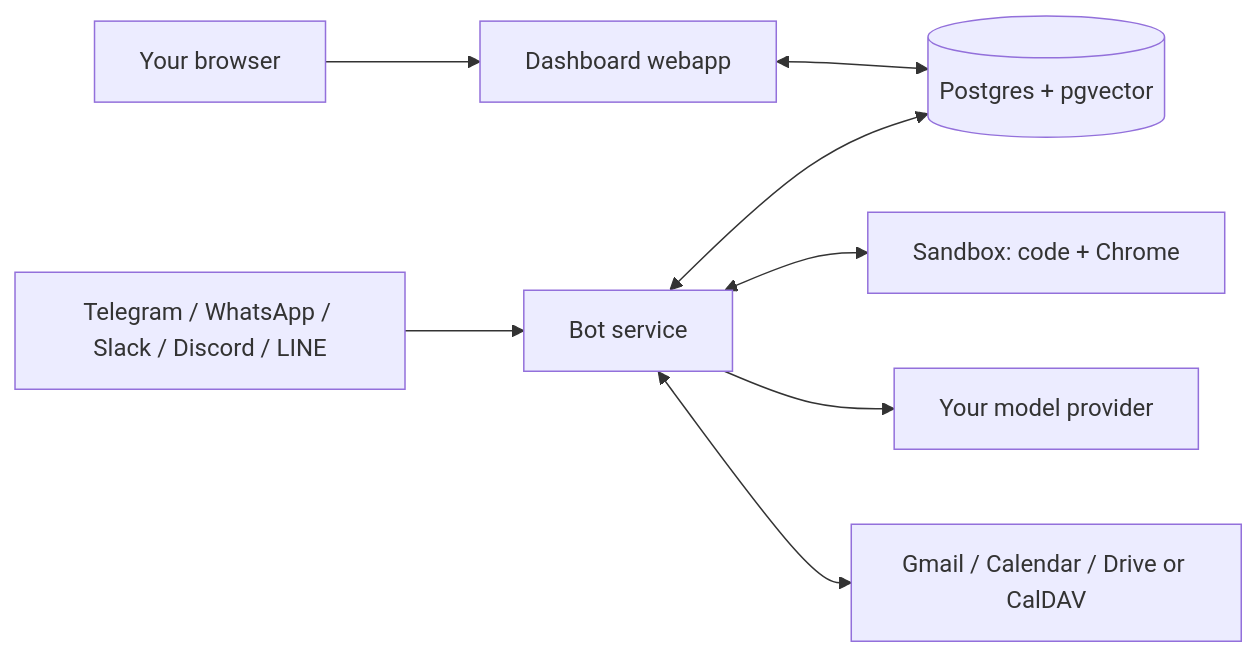
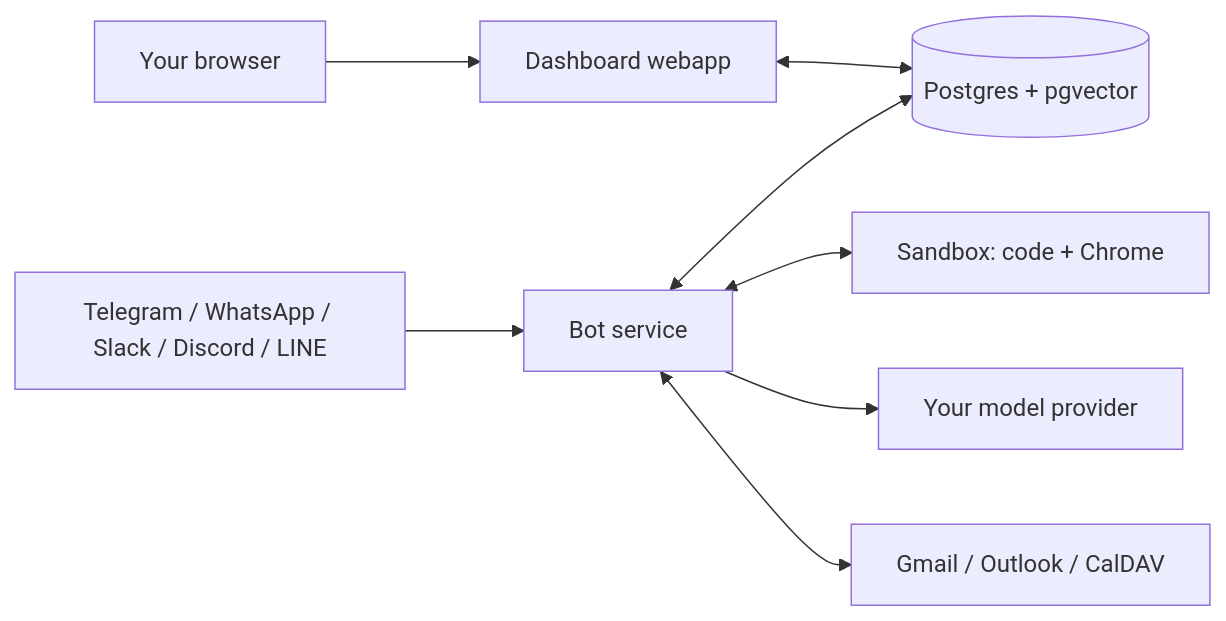
One commit to notnotjim/ClosedHand changed the diagram in README.md. Above: the diagram before and after it, drawn with Mermaid. The commit also changed other lines of this file and 16 other files, not shown here.

````diff
--- a/README.md
+++ b/README.md
@@ -83,10 +83,10 @@
 ```mermaid
 graph LR
   TG[Telegram / WhatsApp / Slack / Discord / LINE] --> Bot
   Browser[Your browser] --> Webapp[Dashboard webapp]
   Bot[Bot service] <--> DB[(Postgres + pgvector)]
   Webapp <--> DB
   Bot <--> Sandbox[Sandbox: code + Chrome]
   Bot --> Providers[Your model provider]
-  Bot <--> Google[Gmail / Calendar / Drive or CalDAV]
+  Bot <--> Mail[Gmail / Outlook / CalDAV]
 ```
````
